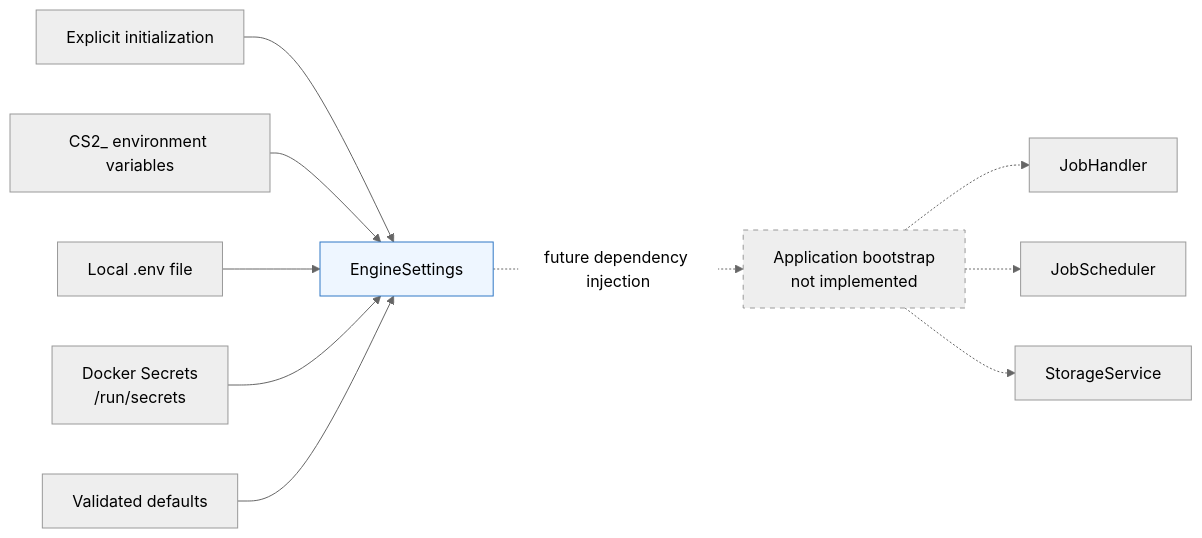
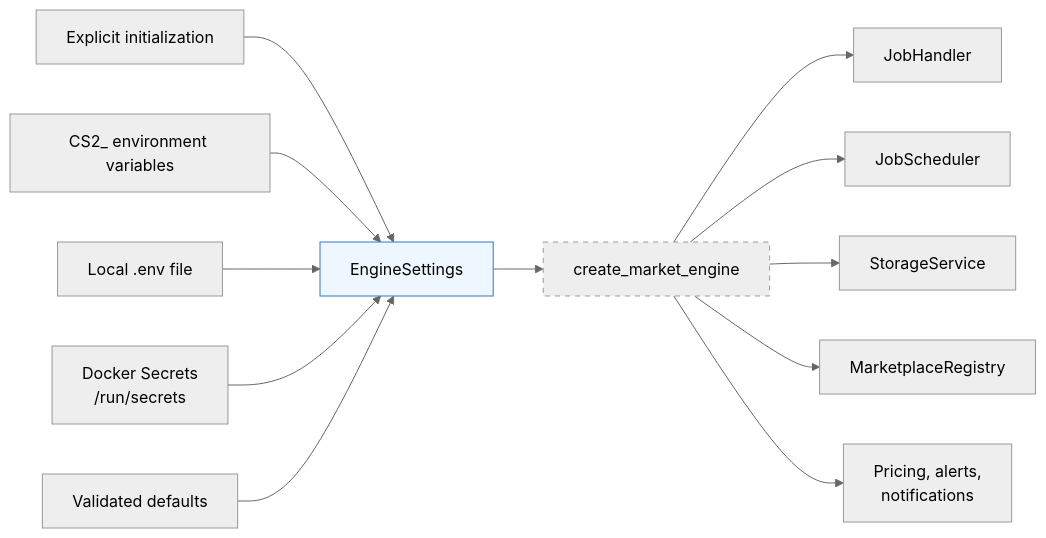
One commit to maciejL03/price-oracle changed the diagram in backend/engine/config/README.md. Above: the diagram before and after it, drawn with Mermaid (neutral theme). The commit also changed other lines of this file and 20 other files, not shown here.

Commit message:
Implement MarketEngine lifecycle orchestration

````diff
--- a/backend/engine/config/README.md
+++ b/backend/engine/config/README.md
@@ -16,16 +16,18 @@
 ```mermaid
 flowchart LR
     Init[Explicit initialization] --> Settings[EngineSettings]
     Env[CS2_ environment variables] --> Settings
     Dotenv[Local .env file] --> Settings
     Secrets[Docker Secrets<br/>/run/secrets] --> Settings
     Defaults[Validated defaults] --> Settings
 
-    Settings -. future dependency injection .-> Bootstrap[Application bootstrap<br/>not implemented]
-    Bootstrap -.-> Handler[JobHandler]
-    Bootstrap -.-> Scheduler[JobScheduler]
-    Bootstrap -.-> Storage[StorageService]
+    Settings --> Bootstrap[create_market_engine]
+    Bootstrap --> Handler[JobHandler]
+    Bootstrap --> Scheduler[JobScheduler]
+    Bootstrap --> Storage[StorageService]
+    Bootstrap --> Marketplaces[MarketplaceRegistry]
+    Bootstrap --> Services[Pricing, alerts,<br/>notifications]
 
     style Settings fill:#eef6ff,stroke:#3178c6
     style Bootstrap stroke-dasharray: 5 5
 ```
````
